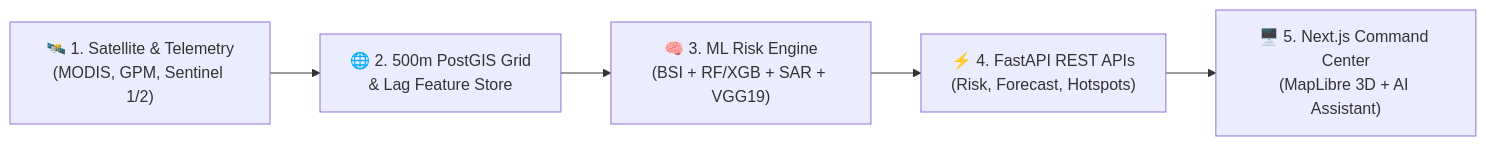
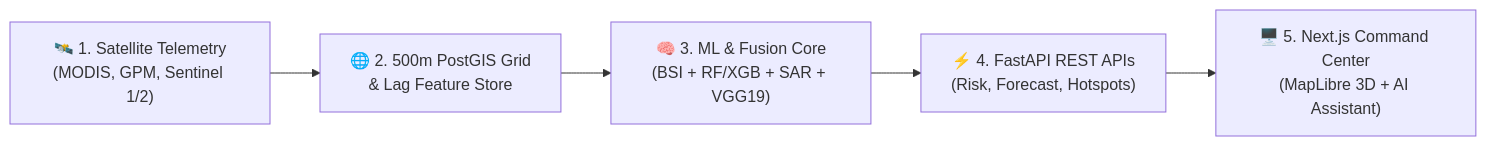
One commit to pughal-prog/episat changed the diagram in README.md. Above: the diagram before and after it, drawn with Mermaid. The commit also changed other lines of this file and 1 other file, not shown here.

Commit message:
docs: expand README with 14-feature catalog, presentation pitch guide, and system flow

````diff
--- a/README.md
+++ b/README.md
@@ -35,7 +34,7 @@
 ```mermaid
 flowchart LR
-    A["🛰️ 1. Satellite & Telemetry<br>(MODIS, GPM, Sentinel 1/2)"] --> B["🌐 2. 500m PostGIS Grid<br>& Lag Feature Store"]
-    B --> C["🧠 3. ML Risk Engine<br>(BSI + RF/XGB + SAR + VGG19)"]
+    A["🛰️ 1. Satellite Telemetry<br>(MODIS, GPM, Sentinel 1/2)"] --> B["🌐 2. 500m PostGIS Grid<br>& Lag Feature Store"]
+    B --> C["🧠 3. ML & Fusion Core<br>(BSI + RF/XGB + SAR + VGG19)"]
     C --> D["⚡ 4. FastAPI REST APIs<br>(Risk, Forecast, Hotspots)"]
     D --> E["🖥️ 5. Next.js Command Center<br>(MapLibre 3D + AI Assistant)"]
 ```
````
